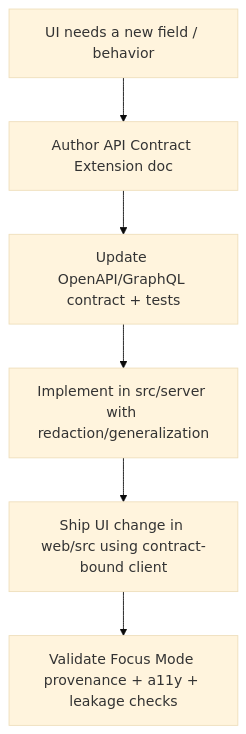
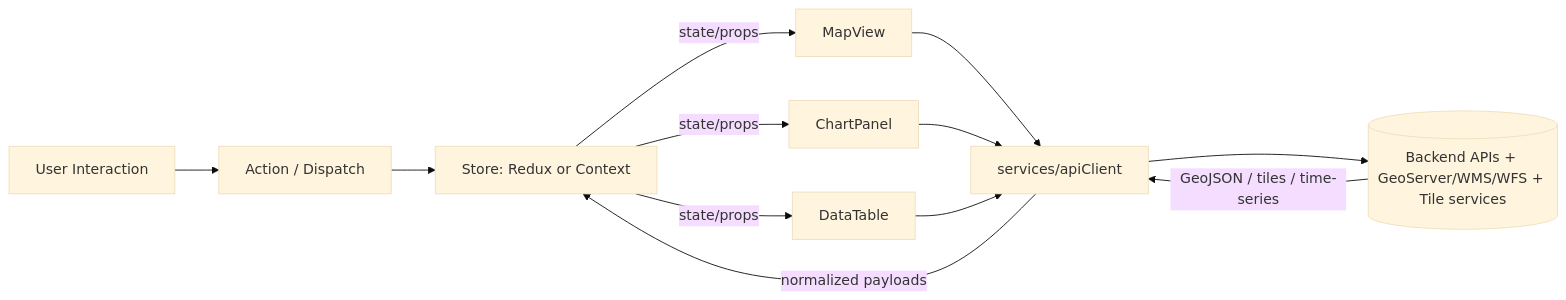
Before and after one commit to bartytime4life/Kansas-Frontier-Matrix: the diagram in web/src/README.md, drawn with Mermaid (base theme). The commit also changed other lines of this file, not shown here.

````diff
--- a/web/src/README.md
+++ b/web/src/README.md
@@ -281,8 +75,14 @@
-~~~mermaid
-flowchart TD
-  A[UI needs a new field / behavior] --> B[Author API Contract Extension doc]
-  B --> C[Update OpenAPI/GraphQL contract + tests]
-  C --> D[Implement in src/server with redaction/generalization]
-  D --> E[Ship UI change in web/src using contract-bound client]
-  E --> F[Validate Focus Mode provenance + a11y + leakage checks]
-~~~
+```mermaid
+flowchart LR
+  U[User Interaction] --> A[Action / Dispatch]
+  A --> S[Store: Redux or Context]
+  S -->|state/props| M[MapView]
+  S -->|state/props| C[ChartPanel]
+  S -->|state/props| D[DataTable]
+  M --> R[services/apiClient]
+  C --> R
+  D --> R
+  R --> B[(Backend APIs + GeoServer/WMS/WFS + Tile services)]
+  B -->|GeoJSON / tiles / time-series| R
+  R -->|normalized payloads| S
+```
````
